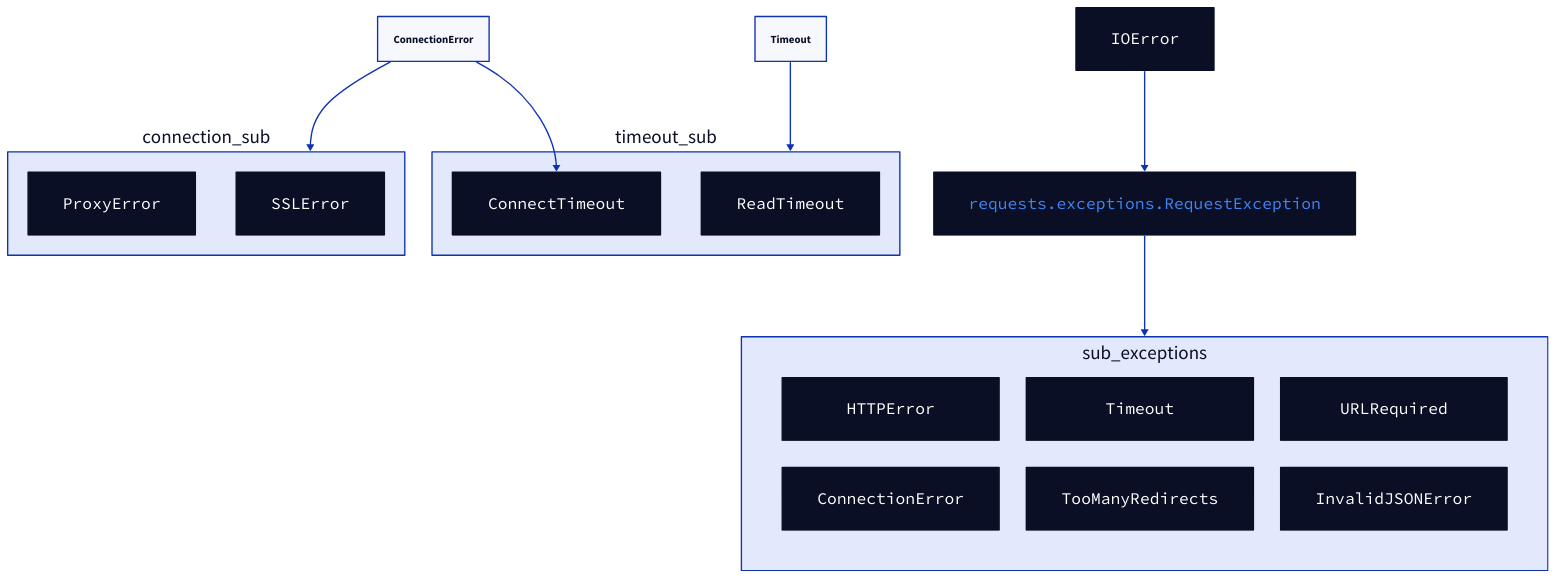
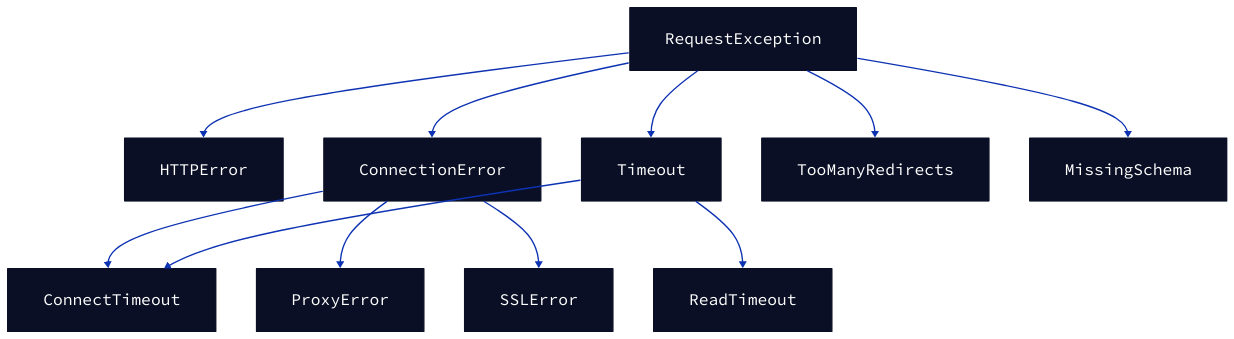
The diagram in .aigne/doc-smith/docs/user-guide-error-handling.md (lban2049/requests), drawn with D2 before and after one commit. The commit also changed other lines of this file and 32 other files, not shown here.

````diff
--- a/.aigne/doc-smith/docs/user-guide-error-handling.md
+++ b/.aigne/doc-smith/docs/user-guide-error-handling.md
@@ -11,42 +108,30 @@
 ```d2
 direction: down
 
-"IOError": {
+RequestException: {
   shape: class
 }
 
-"requests.exceptions.RequestException": {
-  shape: class
-  style {
-    stroke: "#4285F4"
-    stroke-width: 2
-  }
-}
+HTTPError: { shape: class }
+ConnectionError: { shape: class }
+Timeout: { shape: class }
+TooManyRedirects: { shape: class }
+MissingSchema: { shape: class }
 
-"IOError" -> "requests.exceptions.RequestException"
+RequestException -> HTTPError
+RequestException -> ConnectionError
+RequestException -> Timeout
+RequestException -> TooManyRedirects
+RequestException -> MissingSchema
 
-sub_exceptions: {
-  grid-columns: 3
-  "HTTPError": { shape: class }
-  "ConnectionError": { shape: class }
-  "Timeout": { shape: class }
-  "TooManyRedirects": { shape: class }
-  "URLRequired": { shape: class }
-  "InvalidJSONError": { shape: class }
-}
+ConnectTimeout: { shape: class }
+ReadTimeout: { shape: class }
+ProxyError: { shape: class }
+SSLError: { shape: class }
 
-"requests.exceptions.RequestException" -> sub_exceptions
-
-connection_sub: {
-  "ProxyError": { shape: class }
-  "SSLError": { shape: class }
-}
-"ConnectionError" -> connection_sub
-
-timeout_sub: {
-  "ConnectTimeout": { shape: class }
-  "ReadTimeout": { shape: class }
-}
-"Timeout" -> timeout_sub
-"ConnectionError" -> timeout_sub.ConnectTimeout
+ConnectionError -> ConnectTimeout
+ConnectionError -> ProxyError
+ConnectionError -> SSLError
+Timeout -> ConnectTimeout
+Timeout -> ReadTimeout
 ```
````
